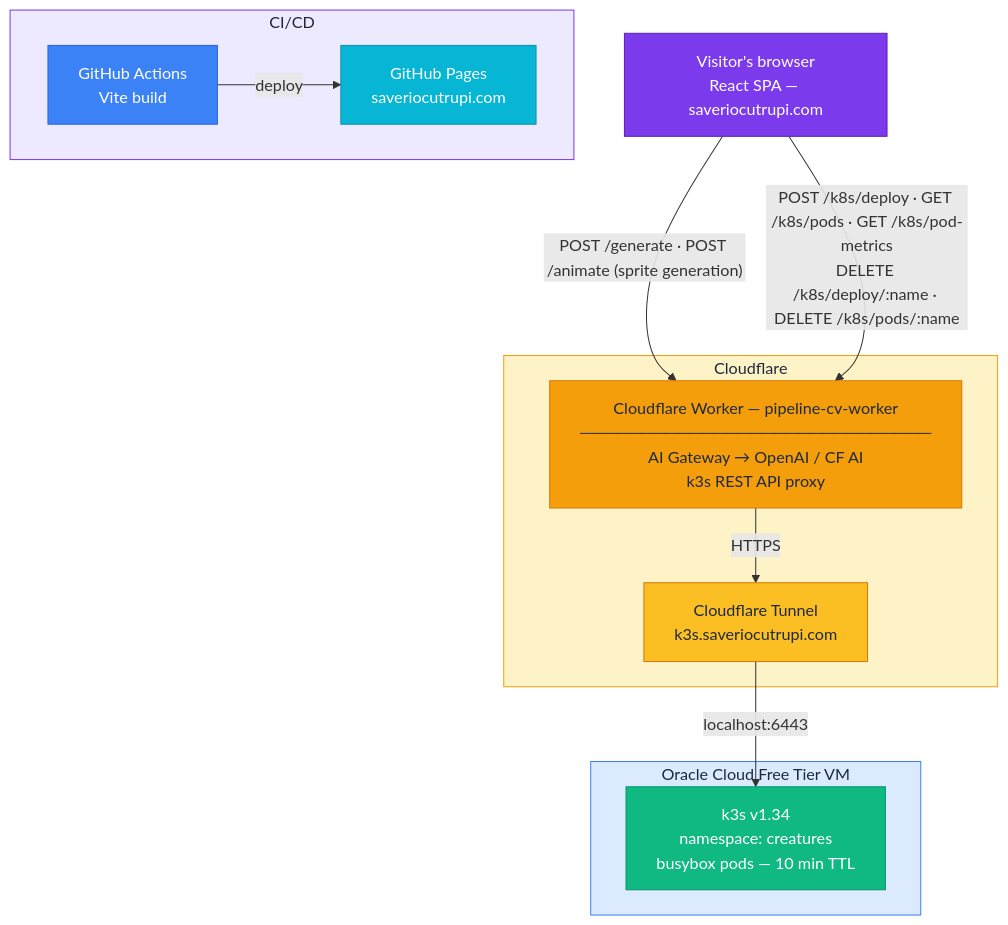
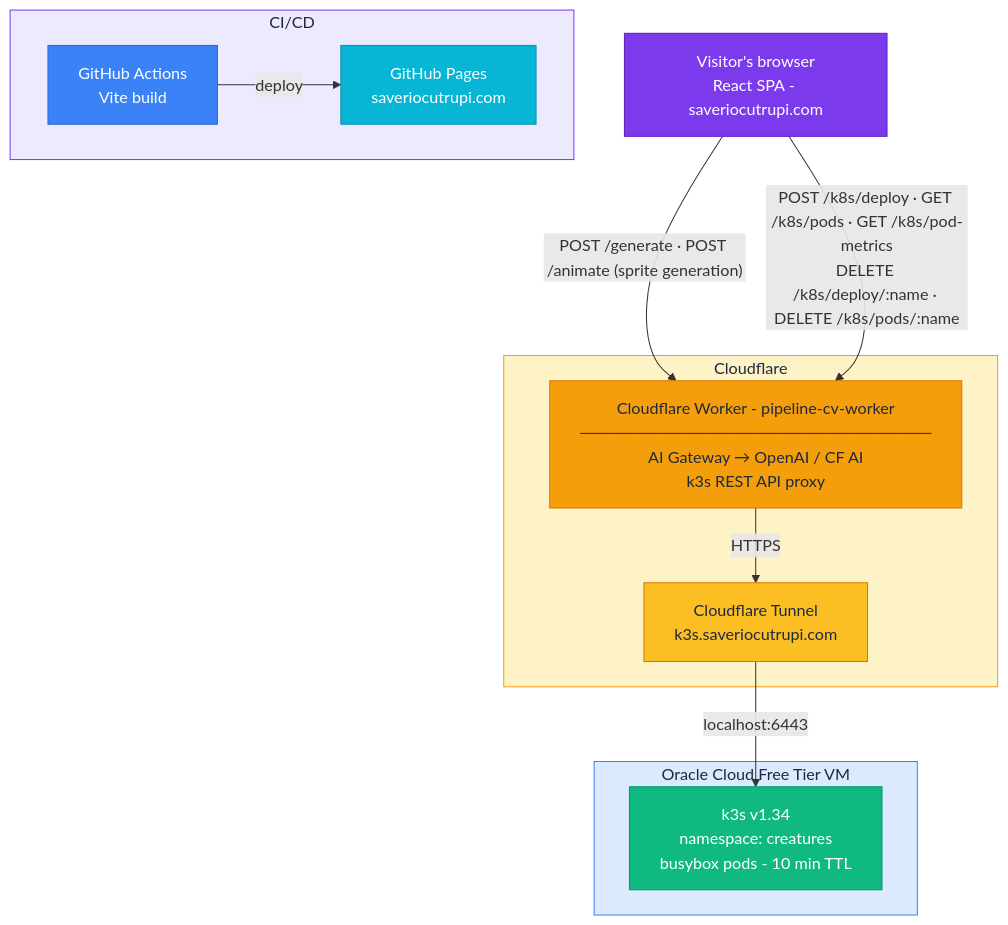
The diagram in README.md (SaCut/cv-website), drawn with Mermaid before and after one commit. The commit also changed other lines of this file and 24 other files, not shown here.

````diff
--- a/README.md
+++ b/README.md
@@ -15,42 +15,42 @@
 ```mermaid
 flowchart TD
-    Browser["Visitor's browser<br/>React SPA — saveriocutrupi.com"]
+    Browser["Visitor's browser<br/>React SPA - saveriocutrupi.com"]
 
     subgraph CF ["Cloudflare"]
-        Worker["Cloudflare Worker — pipeline-cv-worker<br/>─────────────────────────────<br/>AI Gateway → OpenAI / CF AI<br/>k3s REST API proxy"]
+        Worker["Cloudflare Worker - pipeline-cv-worker<br/>─────────────────────────────<br/>AI Gateway → OpenAI / CF AI<br/>k3s REST API proxy"]
         Tunnel["Cloudflare Tunnel<br/>k3s.saveriocutrupi.com"]
     end
 
     subgraph OCI ["Oracle Cloud Free Tier VM"]
-        k3s["k3s v1.34<br/>namespace: creatures<br/>busybox pods — 10 min TTL"]
+        k3s["k3s v1.34<br/>namespace: creatures<br/>busybox pods - 10 min TTL"]
     end
 
     subgraph CICD ["CI/CD"]
         GHA["GitHub Actions<br/>Vite build"]
         Pages["GitHub Pages<br/>saveriocutrupi.com"]
     end
 
     Browser -->|"POST /generate · POST /animate (sprite generation)"| Worker
     Browser -->|"POST /k8s/deploy · GET /k8s/pods · GET /k8s/pod-metrics<br/>DELETE /k8s/deploy/:name · DELETE /k8s/pods/:name"| Worker
     Worker -->|HTTPS| Tunnel
     Tunnel -->|localhost:6443| k3s
     GHA -->|deploy| Pages
 
     classDef browser fill:#7c3aed,stroke:#5b21b6,color:#ffffff
     classDef cfworker fill:#f59e0b,stroke:#d97706,color:#1e293b
     classDef cftunnel fill:#fbbf24,stroke:#d97706,color:#1e293b
     classDef k3snode fill:#10b981,stroke:#059669,color:#ffffff
     classDef ghanode fill:#3b82f6,stroke:#2563eb,color:#ffffff
     classDef pagesnode fill:#06b6d4,stroke:#0891b2,color:#ffffff
 
     class Browser browser
     class Worker cfworker
     class Tunnel cftunnel
     class k3s k3snode
     class GHA ghanode
     class Pages pagesnode
 
     style CF fill:#fef3c7,stroke:#f59e0b,color:#1e293b
     style OCI fill:#dbeafe,stroke:#3b82f6,color:#1e293b
     style CICD fill:#ede9fe,stroke:#7c3aed,color:#1e293b
 ```
````
